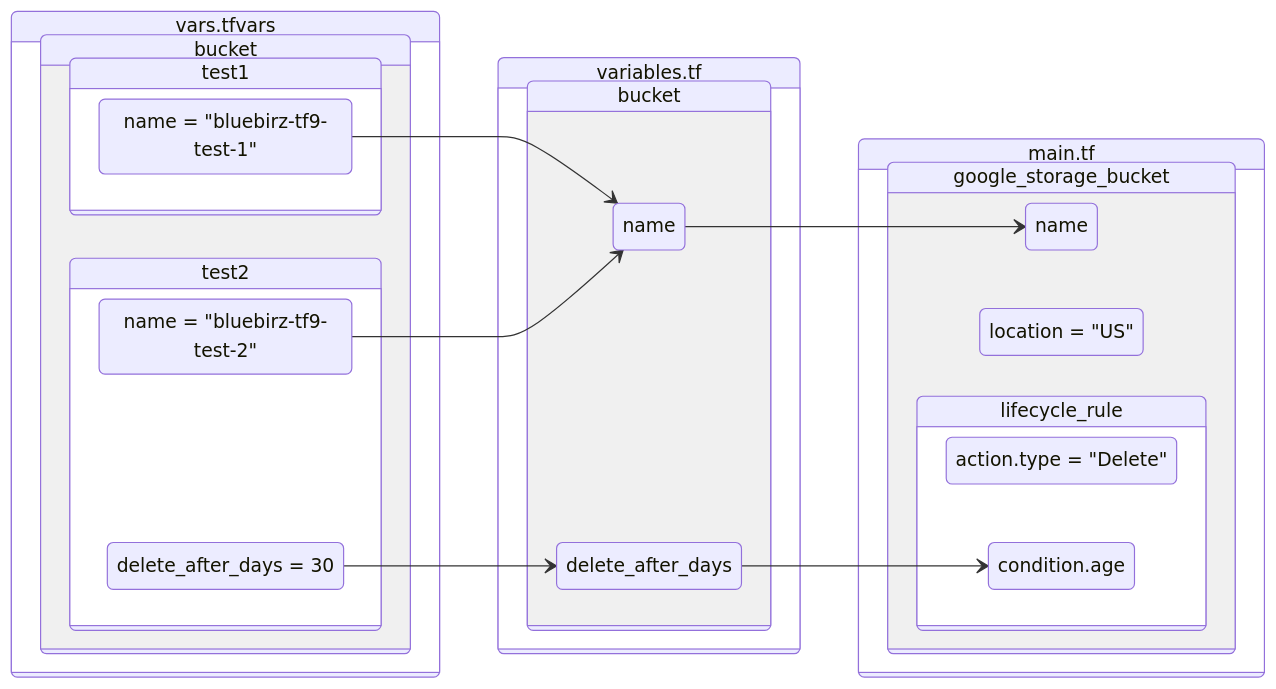
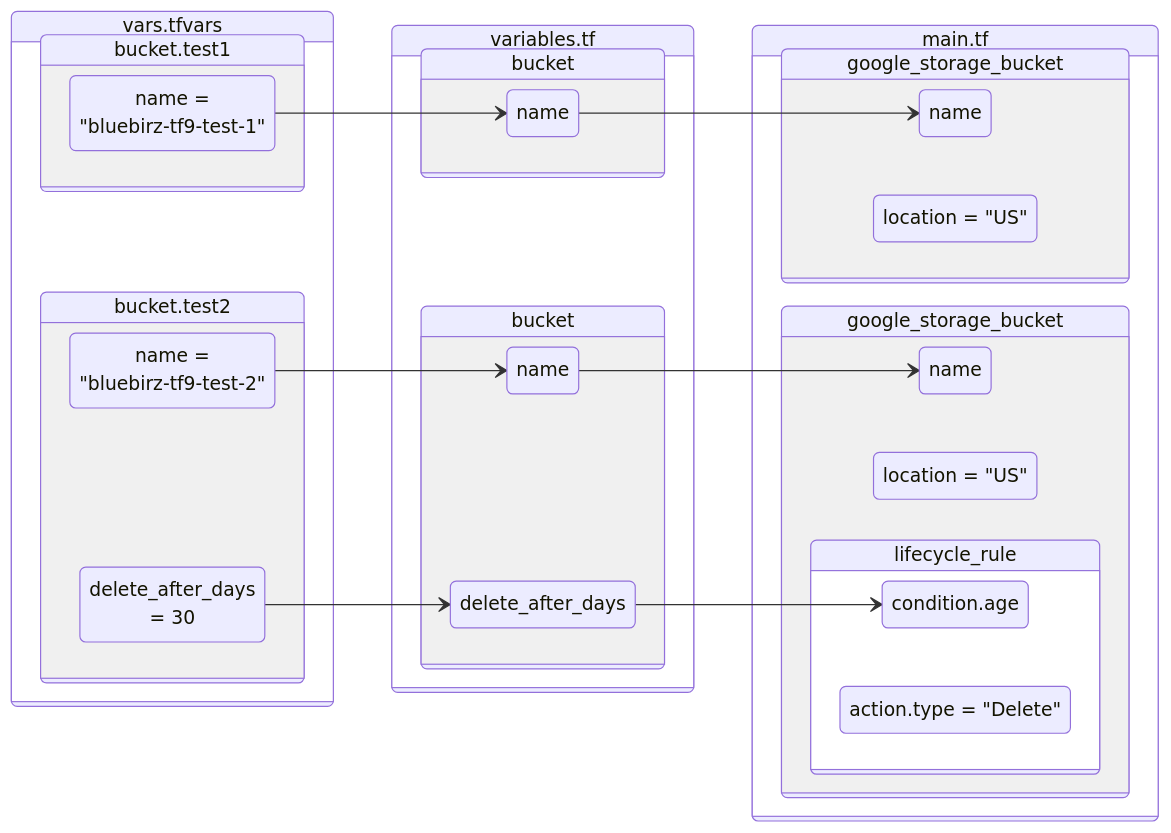
One commit to bluebirz/bluebirz.github.io changed the first of 2 diagrams in _drafts/2025-tf9.md. Above: the diagram before and after it, drawn with Mermaid. The commit also changed other lines of this file, not shown here.

Commit message:
update diagram

````diff
--- a/_drafts/2025-tf9.md
+++ b/_drafts/2025-tf9.md
@@ -175,41 +175,53 @@
 ```mermaid
 ---
 config:
   layout: 
 ---
 stateDiagram-v2
     direction LR 
     state "main.tf" as main {
-        state "google_storage_bucket" as gcs {
-            state "name" as name
-            state "location = &quot;US&quot;" as location
-            state "lifecycle_rule" as lc {
-                state "action.type = &quot;Delete&quot;" as action
-                state "condition.age" as condition
+        state "google_storage_bucket" as gcs1 {
+            state "name" as gcs1name
+            state "location = &quot;US&quot;" as gcs1location
+        }
+        state "google_storage_bucket" as gcs2 {
+            state "name" as gcs2name
+            state "location = &quot;US&quot;" as gcs2location
+            state "lifecycle_rule" as gcs2lc {
+                state "condition.age" as gcs2condition
+                state "action.type = &quot;Delete&quot;" as gcs2action
             }
         }
     }
     state "variables.tf" as vartf {
-        state "bucket" as varbucket {
-            state "name" as varname
-            state "delete_after_days" as vardel
+        state "bucket" as varbucket1 {
+            state "name" as varbucket1name
+        }
+        state "bucket" as varbucket2 {
+            state "name" as varbucket2name
+            state "delete_after_days" as varbucket2del
         }
     }
     state "vars.tfvars" as tfvars {
-        state "bucket" as valbucket {
-            state "test1" as test1 {
-                state "name = &quot;bluebirz-tf9-test-1&quot;" as test1_name
-            }
-            state "test2" as test2 {
-                state "name = &quot;bluebirz-tf9-test-2&quot;" as test2_name
-                state "delete_after_days = 30" as test2_del
-            }
+        state "bucket.test1" as valbuckettest1 {
+            state "name =<br/>&quot;bluebirz-tf9-test-1&quot;" as valbuckettest1name
+        }
+        state "bucket.test2" as valbuckettest2 {
+            state "name =<br/>&quot;bluebirz-tf9-test-2&quot;" as valbuckettest2name
+            state "delete_after_days<br/>= 30" as valbuckettest2del
         }
     }
 
-    vardel --> condition
-    varname --> name
-    test1_name --> varname
-    test2_name --> varname
-    test2_del --> vardel
+    %% vardel --> condition
+    %% varname --> name
+    %% test1_name --> varname
+    %% test2_name --> varname
+    %% test2_del --> vardel
+
+    valbuckettest1name --> varbucket1name
+    valbuckettest2name --> varbucket2name
+    valbuckettest2del --> varbucket2del
+    varbucket1name --> gcs1name
+    varbucket2name --> gcs2name
+    varbucket2del --> gcs2condition
 ```
````
